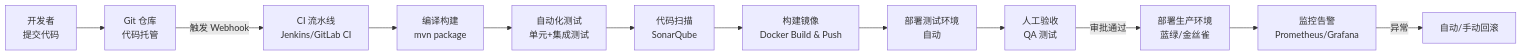
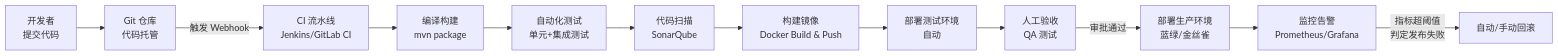
One commit to b1tzer/the-stack changed the second of 5 diagrams in docs/engineering/06-engineering-practices/chapter-04-cicd.md. Above: the diagram before and after it, drawn with Mermaid. The commit also changed other lines of this file and 5 other files, not shown here.

````diff
--- a/docs/engineering/06-engineering-practices/chapter-04-cicd.md
+++ b/docs/engineering/06-engineering-practices/chapter-04-cicd.md
@@ -26,14 +26,14 @@
 ```mermaid
 flowchart LR
     DEV[开发者<br>提交代码] --> GIT[Git 仓库<br>代码托管]
     GIT -->|触发 Webhook| CI[CI 流水线<br>Jenkins/GitLab CI]
     CI --> BUILD[编译构建<br>mvn package]
     BUILD --> TEST[自动化测试<br>单元+集成测试]
     TEST --> SCAN[代码扫描<br>SonarQube]
     SCAN --> DOCKER[构建镜像<br>Docker Build & Push]
     DOCKER --> STAGING[部署测试环境<br>自动]
     STAGING --> REVIEW[人工验收<br>QA 测试]
     REVIEW -->|审批通过| PROD[部署生产环境<br>蓝绿/金丝雀]
     PROD --> MONITOR[监控告警<br>Prometheus/Grafana]
-    MONITOR -->|异常| ROLLBACK[自动/手动回滚]
+    MONITOR -->|指标超阈值<br>判定发布失败| ROLLBACK[自动/手动回滚]
 ```
````
